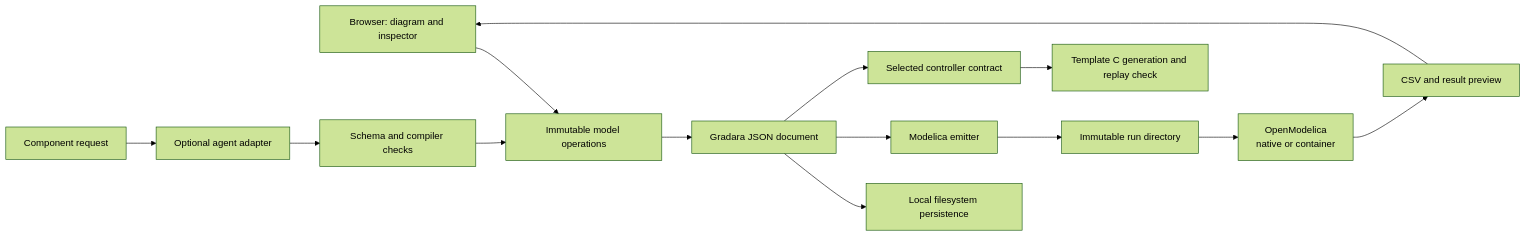
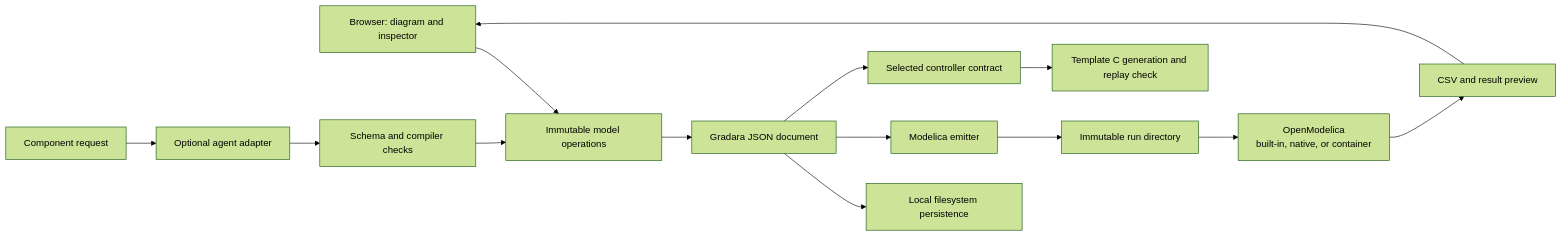
Before and after one commit to edgaralejod/gradara: the diagram in ARCHITECTURE.md, drawn with Mermaid (forest theme). The commit also changed other lines of this file and 17 other files, not shown here.

````diff
--- a/ARCHITECTURE.md
+++ b/ARCHITECTURE.md
@@ -30,16 +30,16 @@
 ```mermaid
 flowchart LR
     UI[Browser: diagram and inspector] --> CMD[Immutable model operations]
     CMD --> DOC[Gradara JSON document]
     DOC --> SAVE[Local filesystem persistence]
     DOC --> EMIT[Modelica emitter]
     EMIT --> JOB[Immutable run directory]
-    JOB --> OM[OpenModelica<br>native or container]
+    JOB --> OM[OpenModelica<br>built-in, native, or container]
     OM --> RESULT[CSV and result preview]
     RESULT --> UI
     ASK[Component request] --> AGENT[Optional agent adapter]
     AGENT --> CHECK[Schema and compiler checks]
     CHECK --> CMD
     DOC --> EXPORT[Selected controller contract]
     EXPORT --> C[Template C generation and replay check]
 ```
````
